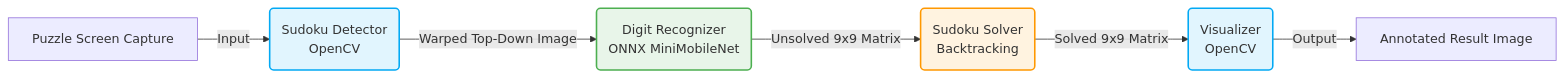
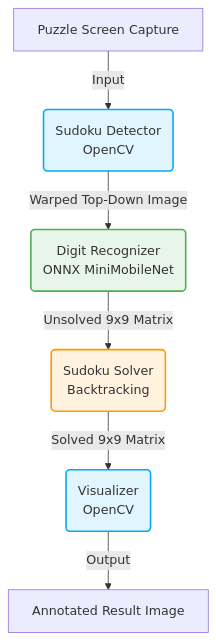
The first of 2 diagrams in README.md (0xsamuel201/sudoku-net), drawn with Mermaid before and after one commit.

Commit message:
update readme: use top-down for system architecture diagram

````diff
--- a/README.md
+++ b/README.md
@@ -16,17 +16,17 @@
 ```mermaid
-graph LR
+graph TD
     A[Puzzle Screen Capture] -->|Input| B(Sudoku Detector <br/> OpenCV)
     B -->|Warped Top-Down Image| C(Digit Recognizer <br/> ONNX MiniMobileNet)
     C -->|Unsolved 9x9 Matrix| D(Sudoku Solver <br/> Backtracking)
     D -->|Solved 9x9 Matrix| E(Visualizer <br/> OpenCV)
     E -->|Output| F[Annotated Result Image]
 
     classDef opencv fill:#e1f5fe,stroke:#03a9f4,stroke-width:2px;
     classDef onnx fill:#e8f5e9,stroke:#4caf50,stroke-width:2px;
     classDef algo fill:#fff3e0,stroke:#ff9800,stroke-width:2px;
 
     class A,F default;
     class B,E opencv;
     class C onnx;
     class D algo;
 ```
````
